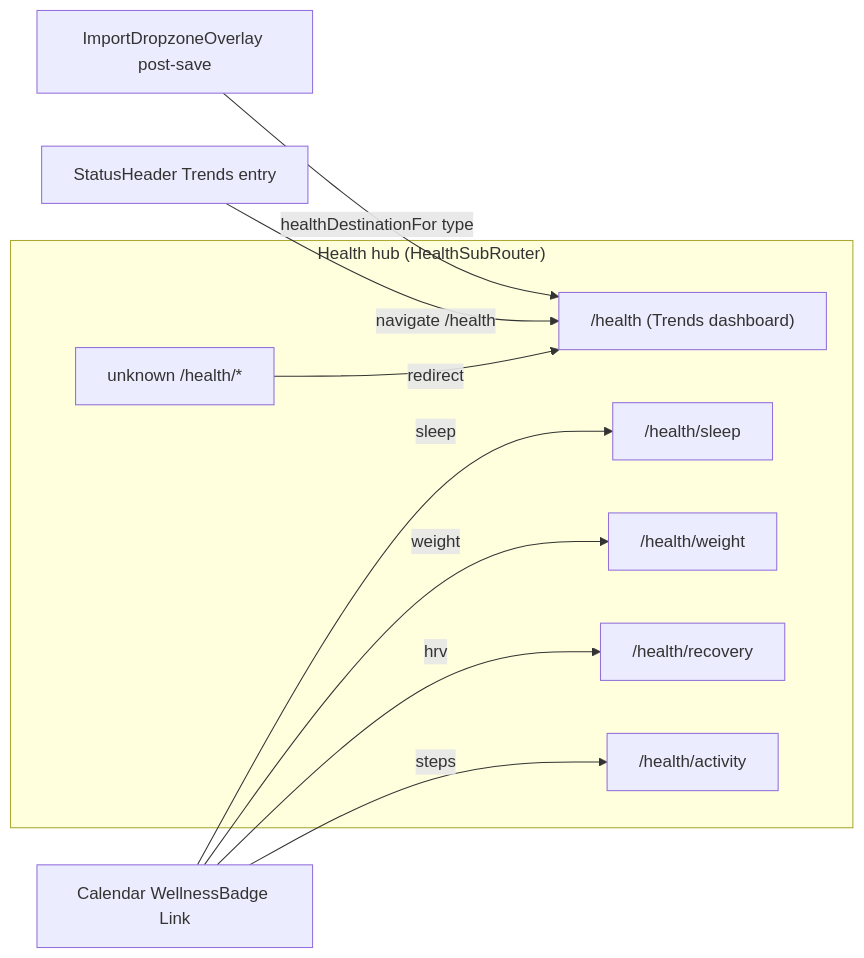
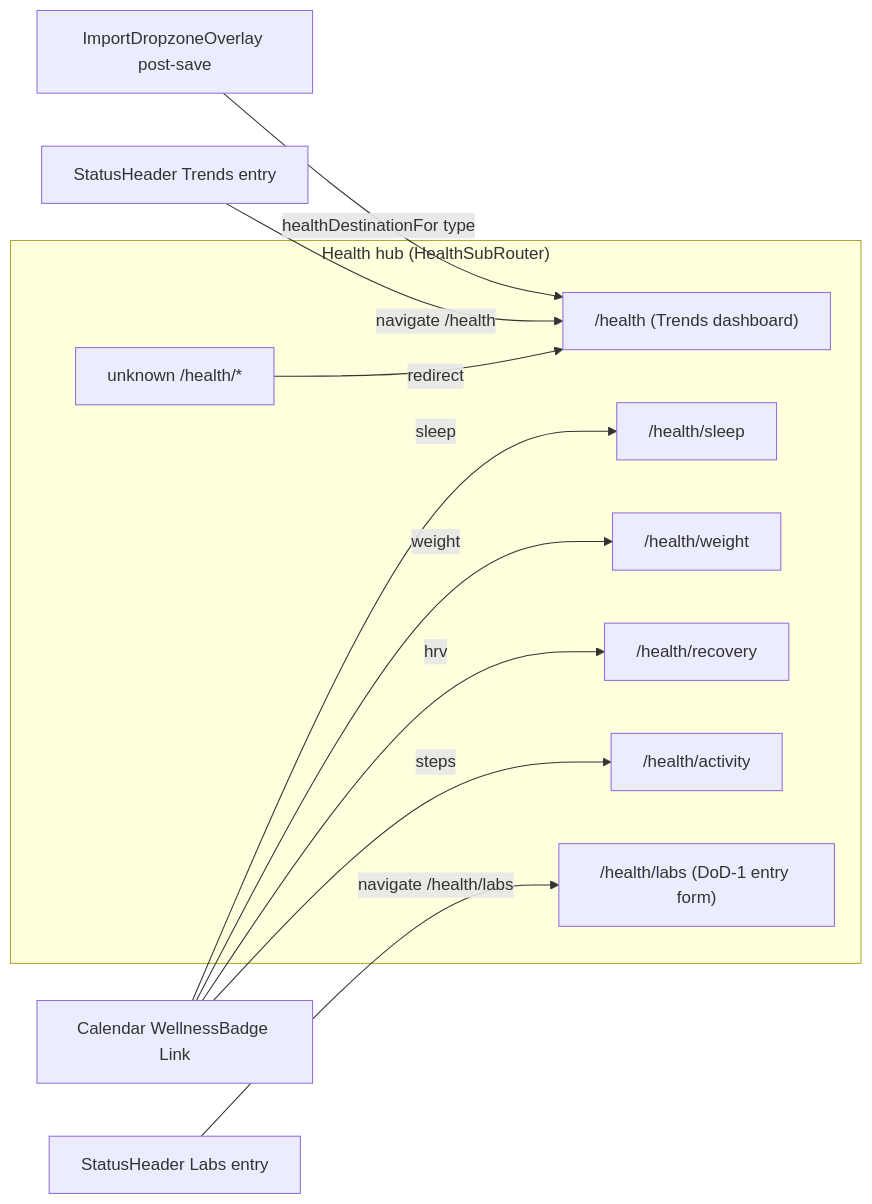
One commit to pablo-albaladejo/kaiord changed the second of 3 diagrams in packages/workout-spa-editor/docs/navigation-map.md. Above: the diagram before and after it, drawn with Mermaid. The commit also changed other lines of this file and 33 other files, not shown here.

First line of the commit message:
feat(spa-editor): lab entry form with catalog autocomplete + live conversion (F2)

````diff
--- a/packages/workout-spa-editor/docs/navigation-map.md
+++ b/packages/workout-spa-editor/docs/navigation-map.md
@@ -91,17 +91,19 @@
 ```mermaid
 graph LR
   subgraph HealthHub["Health hub (HealthSubRouter)"]
     HD["/health (Trends dashboard)"]
     HS["/health/sleep"]
     HW["/health/weight"]
     HR["/health/recovery"]
     HA["/health/activity"]
+    HL["/health/labs (DoD-1 entry form)"]
     HX["unknown /health/*"] -->|redirect| HD
   end
   STATUS["StatusHeader Trends entry"] -->|navigate /health| HD
+  STATUSLABS["StatusHeader Labs entry"] -->|navigate /health/labs| HL
   BADGE["Calendar WellnessBadge Link"] -->|sleep| HS
   BADGE -->|hrv| HR
   BADGE -->|weight| HW
   BADGE -->|steps| HA
   IMPORT["ImportDropzoneOverlay post-save"] -->|healthDestinationFor type| HD
 ```
````
